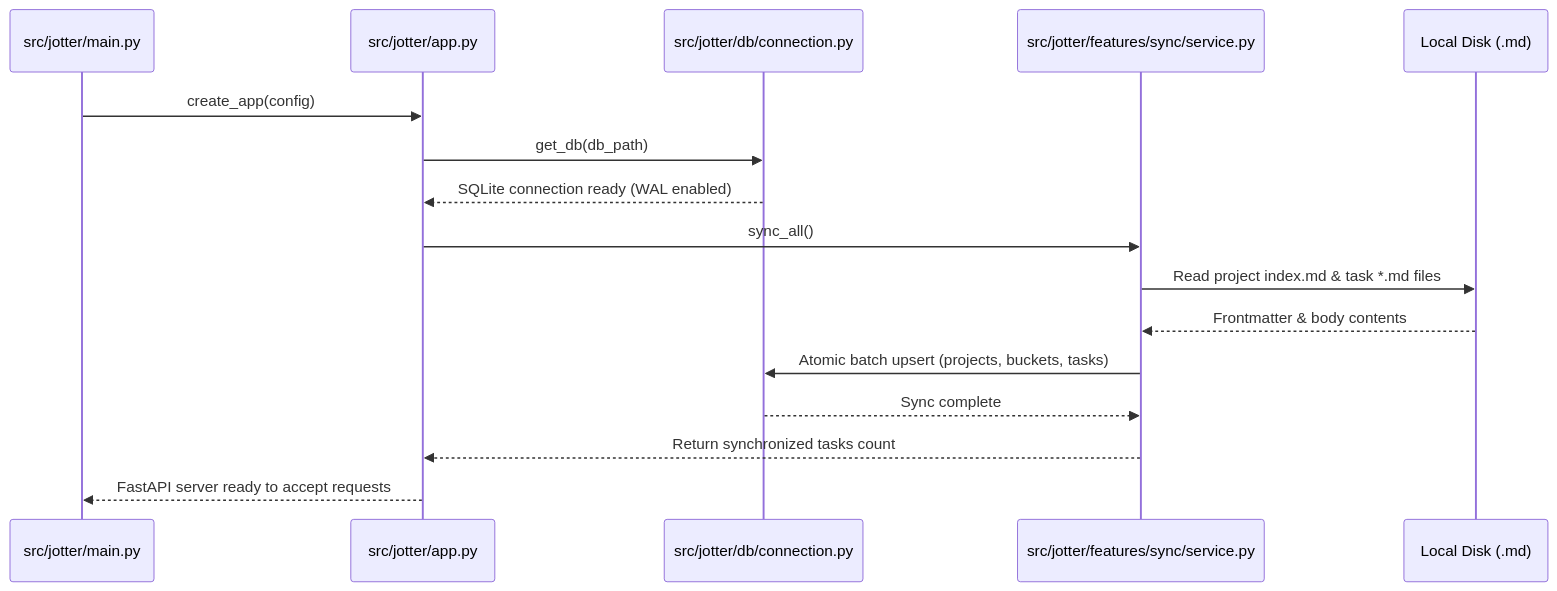
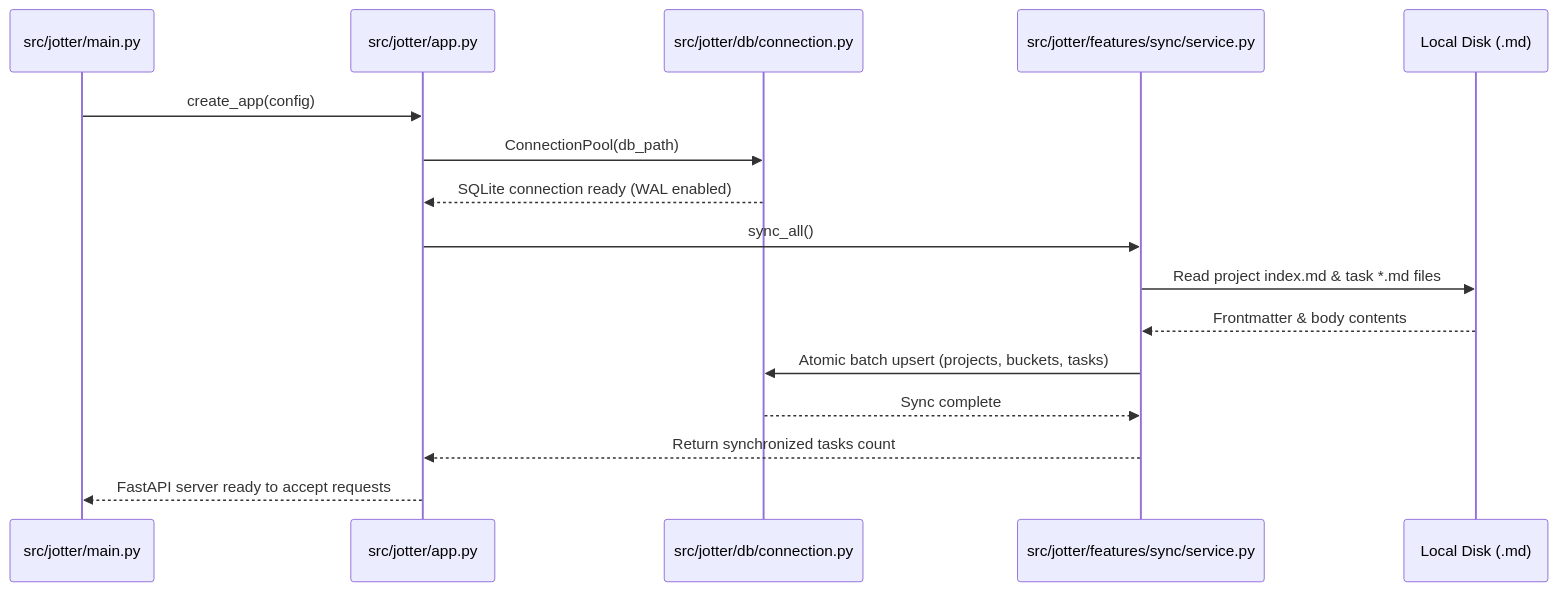
One commit to simon123h/Jotter changed the fourth of 4 diagrams in docs/developer/architecture.md. Above: the diagram before and after it, drawn with Mermaid. The commit also changed other lines of this file and 13 other files, not shown here.

````diff
--- a/docs/developer/architecture.md
+++ b/docs/developer/architecture.md
@@ -124,19 +124,19 @@
 ```mermaid
 sequenceDiagram
     participant Main as src/jotter/main.py
     participant App as src/jotter/app.py
     participant DB as src/jotter/db/connection.py
     participant Sync as src/jotter/features/sync/service.py
     participant Disk as Local Disk (.md)
 
     Main->>App: create_app(config)
-    App->>DB: get_db(db_path)
+    App->>DB: ConnectionPool(db_path)
     DB-->>App: SQLite connection ready (WAL enabled)
     App->>Sync: sync_all()
     Sync->>Disk: Read project index.md & task *.md files
     Disk-->>Sync: Frontmatter & body contents
     Sync->>DB: Atomic batch upsert (projects, buckets, tasks)
     DB-->>Sync: Sync complete
     Sync-->>App: Return synchronized tasks count
     App-->>Main: FastAPI server ready to accept requests
 ```
````
